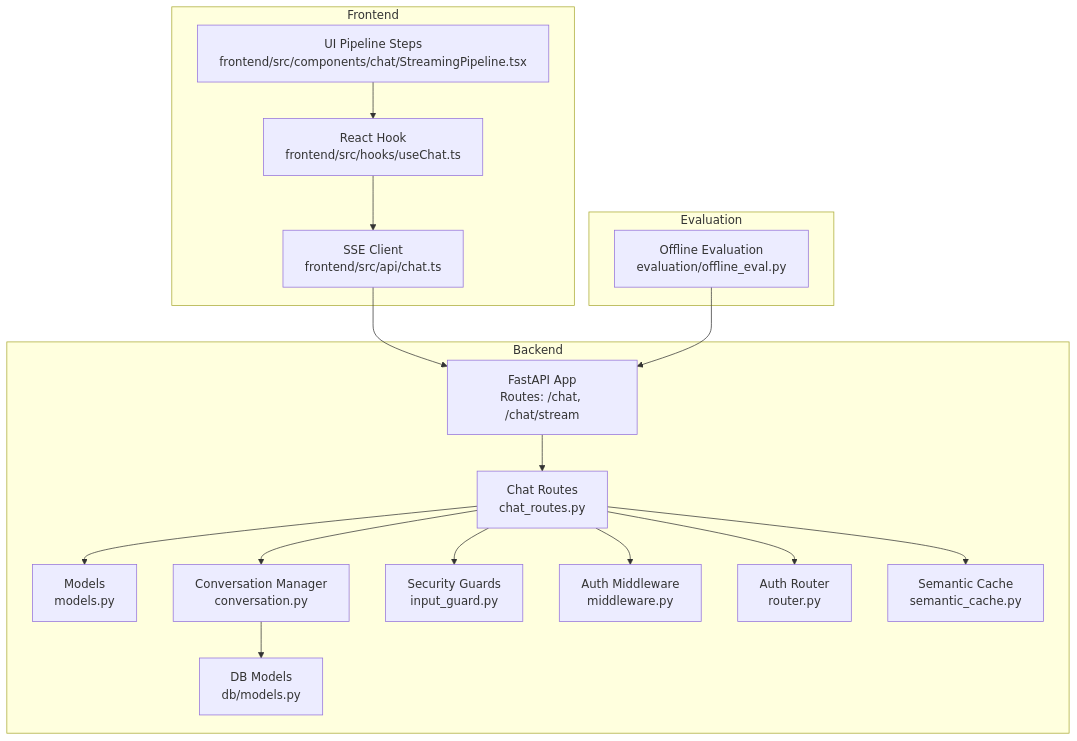
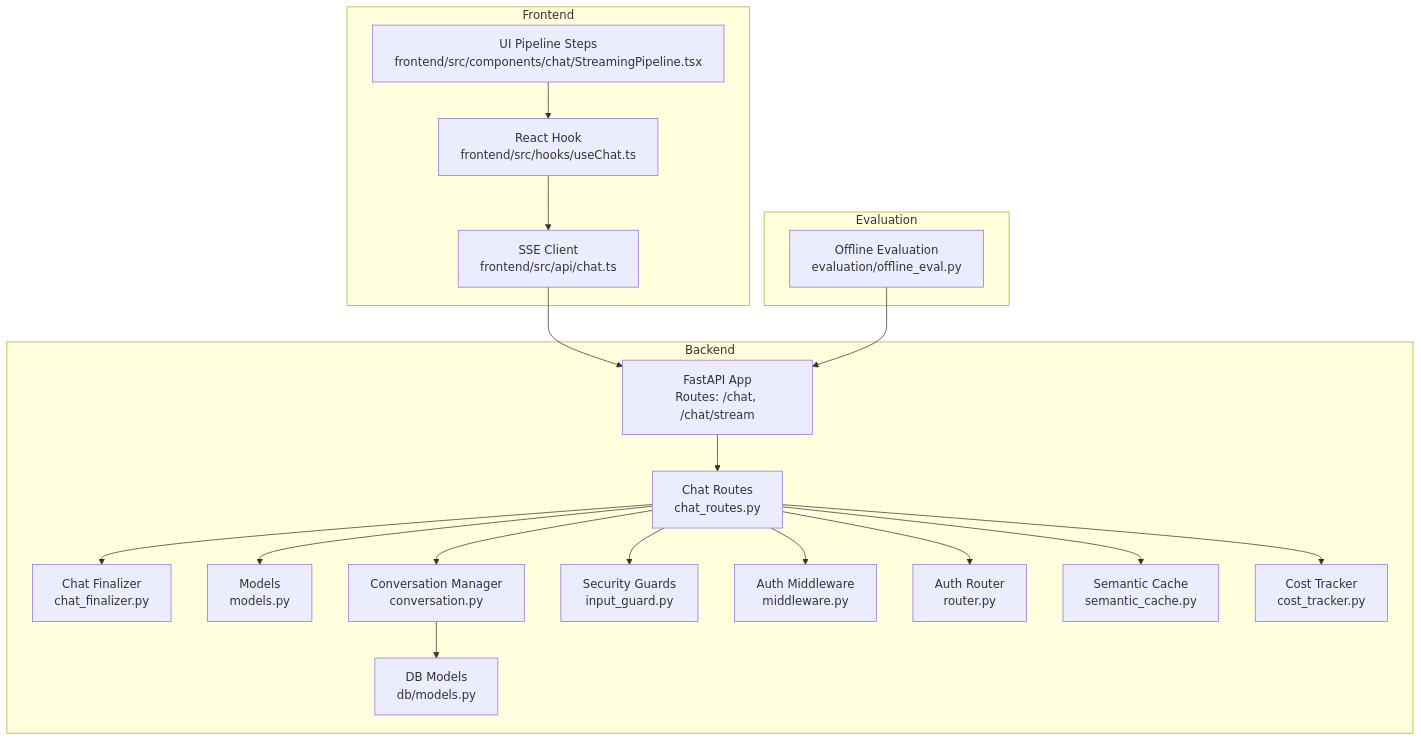
One commit to genes8/private-ai changed the first of 7 diagrams in .qoder/repowiki/en/content/Backend Development/API Endpoints/Chat Endpoints.md. Above: the diagram before and after it, drawn with Mermaid. The commit also changed other lines of this file and 12 other files, not shown here.

````diff
--- a/.qoder/repowiki/en/content/Backend Development/API Endpoints/Chat Endpoints.md
+++ b/.qoder/repowiki/en/content/Backend Development/API Endpoints/Chat Endpoints.md
@@ -45,34 +57,38 @@
 ```mermaid
 graph TB
 subgraph "Backend"
 A["FastAPI App<br/>Routes: /chat, /chat/stream"]
 B["Chat Routes<br/>chat_routes.py"]
-C["Models<br/>models.py"]
-D["Conversation Manager<br/>conversation.py"]
-E["Security Guards<br/>input_guard.py"]
-F["Auth Middleware<br/>middleware.py"]
-G["Auth Router<br/>router.py"]
-H["Semantic Cache<br/>semantic_cache.py"]
-I["DB Models<br/>db/models.py"]
+C["Chat Finalizer<br/>chat_finalizer.py"]
+D["Models<br/>models.py"]
+E["Conversation Manager<br/>conversation.py"]
+F["Security Guards<br/>input_guard.py"]
+G["Auth Middleware<br/>middleware.py"]
+H["Auth Router<br/>router.py"]
+I["Semantic Cache<br/>semantic_cache.py"]
+J["DB Models<br/>db/models.py"]
+K["Cost Tracker<br/>cost_tracker.py"]
 end
 subgraph "Frontend"
-J["SSE Client<br/>frontend/src/api/chat.ts"]
-K["React Hook<br/>frontend/src/hooks/useChat.ts"]
-L["UI Pipeline Steps<br/>frontend/src/components/chat/StreamingPipeline.tsx"]
+L["SSE Client<br/>frontend/src/api/chat.ts"]
+M["React Hook<br/>frontend/src/hooks/useChat.ts"]
+N["UI Pipeline Steps<br/>frontend/src/components/chat/StreamingPipeline.tsx"]
 end
 subgraph "Evaluation"
-M["Offline Evaluation<br/>evaluation/offline_eval.py"]
+O["Offline Evaluation<br/>evaluation/offline_eval.py"]
 end
-J --> A
-K --> J
-L --> K
-M --> A
+L --> A
+M --> L
+N --> M
+O --> A
 A --> B
 B --> C
 B --> D
 B --> E
 B --> F
 B --> G
 B --> H
-D --> I
+B --> I
+B --> K
+E --> J
 ```
````
